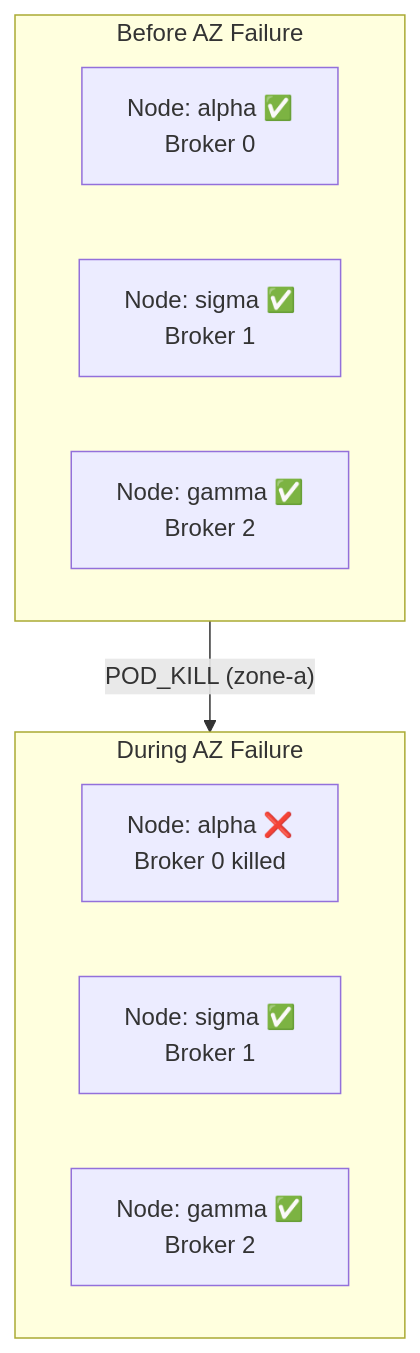
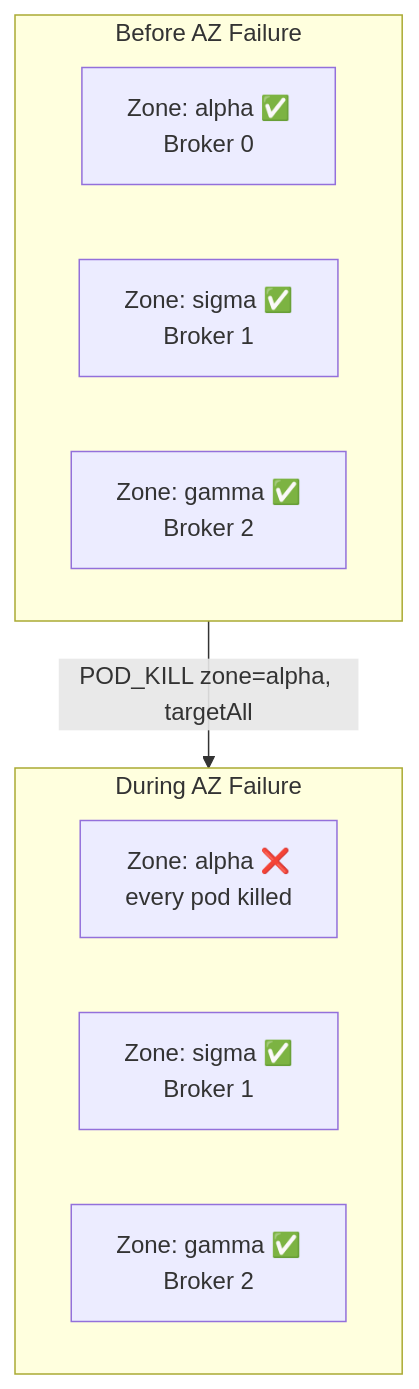
One commit to actions-marketplace-validations/bmscomp_kates changed the fifth of 9 diagrams in docs/book/07-chaos-practice.md. Above: the diagram before and after it, drawn with Mermaid. The commit also changed other lines of this file and 25 other files, not shown here.

First line of the commit message:
fix(chaos): make zone-level targeting real — az-failure selector, targetAll, label selectors (#170)

````diff
--- a/docs/book/07-chaos-practice.md
+++ b/docs/book/07-chaos-practice.md
@@ -201,16 +222,16 @@
 ```mermaid
 graph TB
     subgraph Before["Before AZ Failure"]
-        N1[Node: alpha ✅<br/>Broker 0]
-        N2[Node: sigma ✅<br/>Broker 1]
-        N3[Node: gamma ✅<br/>Broker 2]
+        N1[Zone: alpha ✅<br/>Broker 0]
+        N2[Zone: sigma ✅<br/>Broker 1]
+        N3[Zone: gamma ✅<br/>Broker 2]
     end
     
     subgraph During["During AZ Failure"]
-        N1b[Node: alpha ❌<br/>Broker 0 killed]
-        N2b[Node: sigma ✅<br/>Broker 1]
-        N3b[Node: gamma ✅<br/>Broker 2]
+        N1b[Zone: alpha ❌<br/>every pod killed]
+        N2b[Zone: sigma ✅<br/>Broker 1]
+        N3b[Zone: gamma ✅<br/>Broker 2]
     end
     
-    Before -->|"POD_KILL (zone-a)"| During
+    Before -->|"POD_KILL zone=alpha, targetAll"| During
 ```
````
